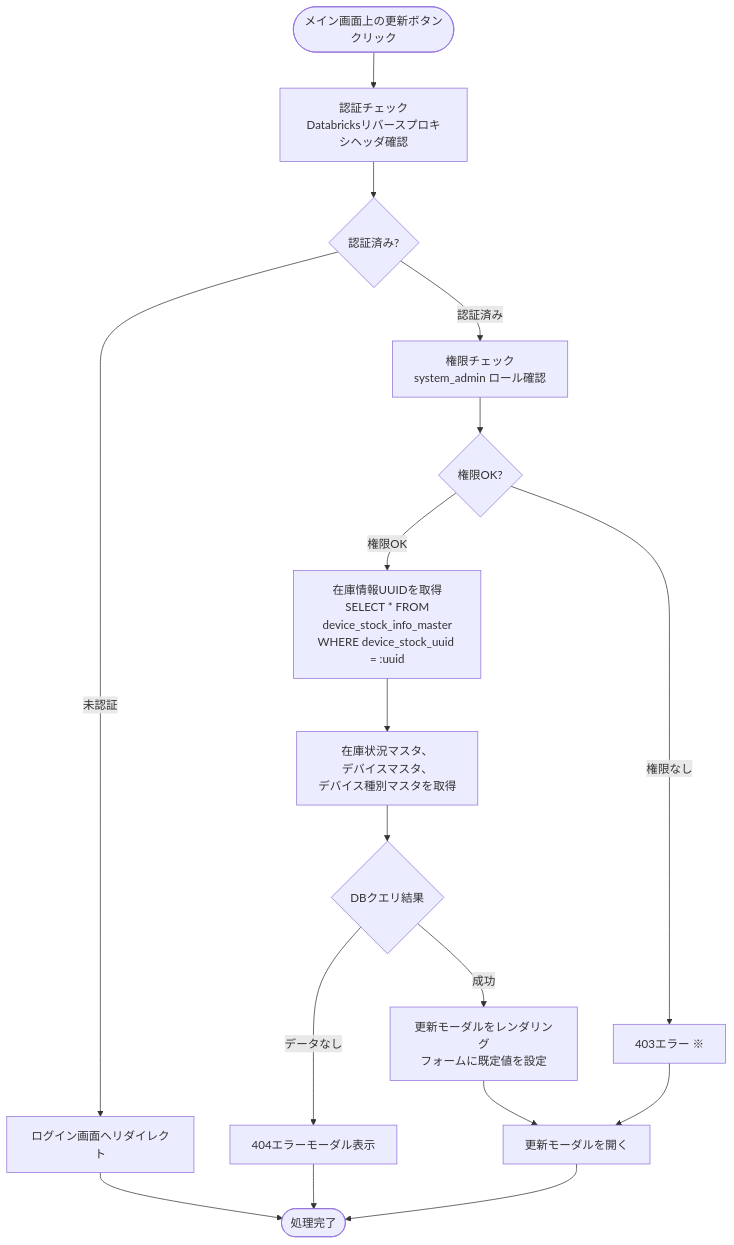
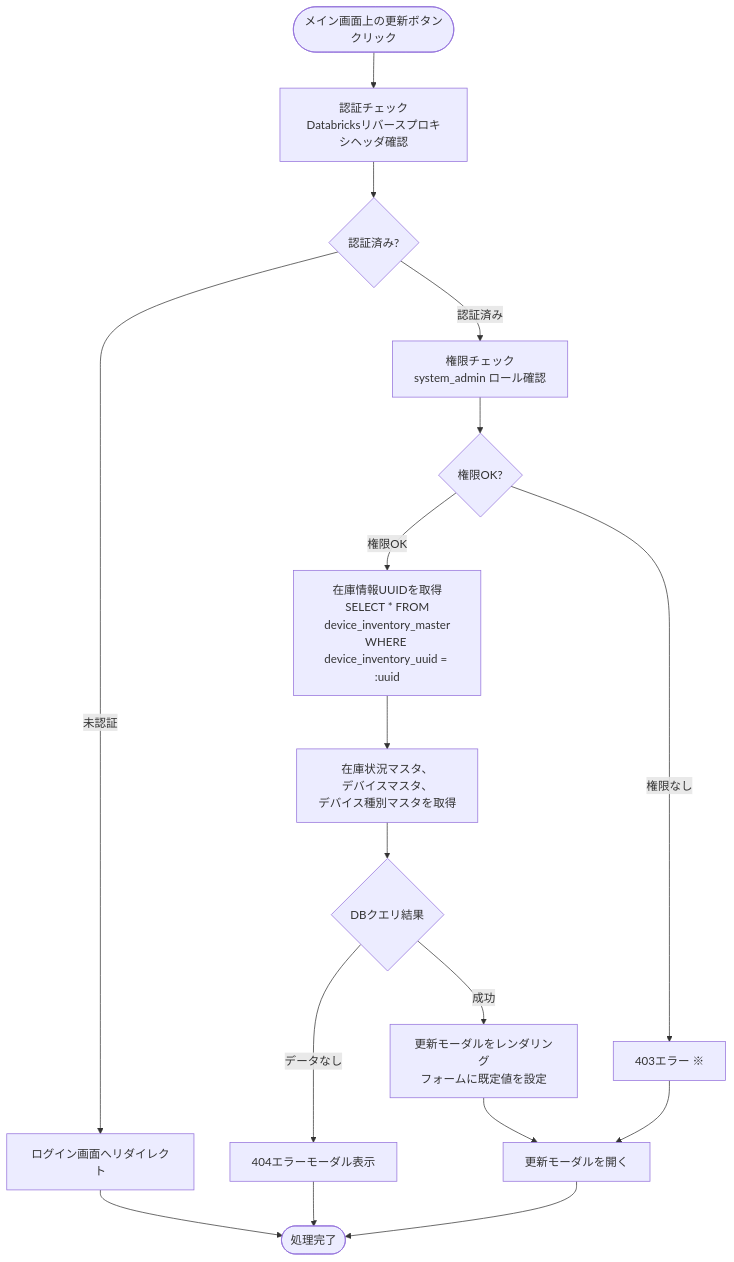
Before and after one commit to NSW-SVCP-AIWG002/Databricks-IoT: the fifth of 9 diagrams in docs/03-features/flask-app/device-inventory/workflow-specification.md, drawn with Mermaid. The commit also changed other lines of this file and 4 other files, not shown here.

````diff
--- a/docs/03-features/flask-app/device-inventory/workflow-specification.md
+++ b/docs/03-features/flask-app/device-inventory/workflow-specification.md
@@ -593,25 +593,25 @@
 ```mermaid
 flowchart TD
     Start([メイン画面上の更新ボタン<br>クリック]) --> Auth[認証チェック<br>Databricksリバースプロキシヘッダ確認]
     Auth --> CheckAuth{認証済み?}
     CheckAuth -->|未認証| Error401[ログイン画面へリダイレクト]
     Error401 --> End([処理完了])
 
     CheckAuth -->|認証済み| Permission[権限チェック<br>system_admin ロール確認]
     Permission --> CheckPerm{権限OK?}
 
-    CheckPerm -->|権限OK| Query[在庫情報UUIDを取得<br>SELECT * FROM<br>device_stock_info_master<br>WHERE device_stock_uuid = :uuid]
+    CheckPerm -->|権限OK| Query[在庫情報UUIDを取得<br>SELECT * FROM<br>device_inventory_master<br>WHERE device_inventory_uuid = :uuid]
     Query --> GetMaster[在庫状況マスタ、<br>デバイスマスタ、<br>デバイス種別マスタを取得]
     GetMaster --> CheckDB{DBクエリ結果}
 
     CheckDB -->|データなし| Error404[404エラーモーダル表示]
     Error404 --> End
 
     CheckDB -->|成功| Template[更新モーダルをレンダリング<br>フォームに既定値を設定]
     Template --> OpenModal[更新モーダルを開く]
 
     CheckPerm -->|権限なし| Error403[403エラー ※]
     Error403 --> OpenModal
 
     OpenModal --> End
 ```
````
